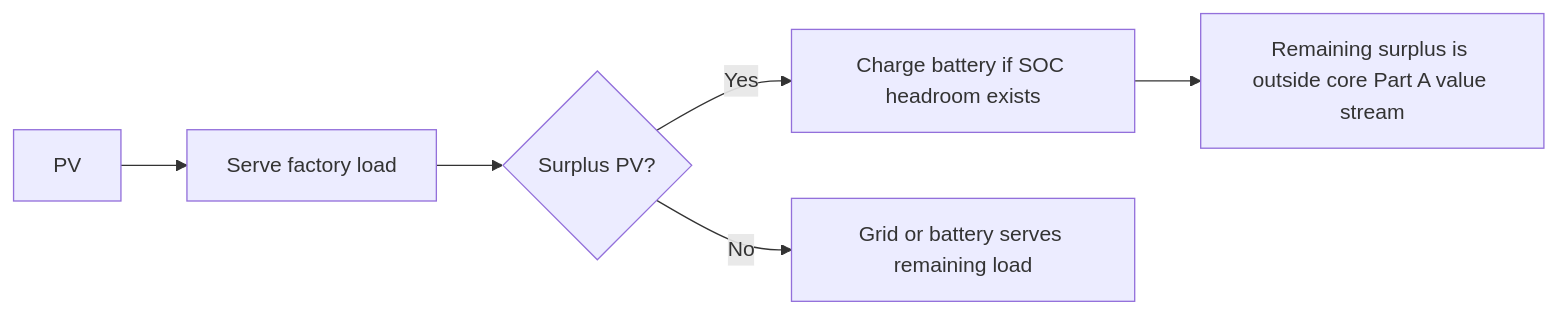
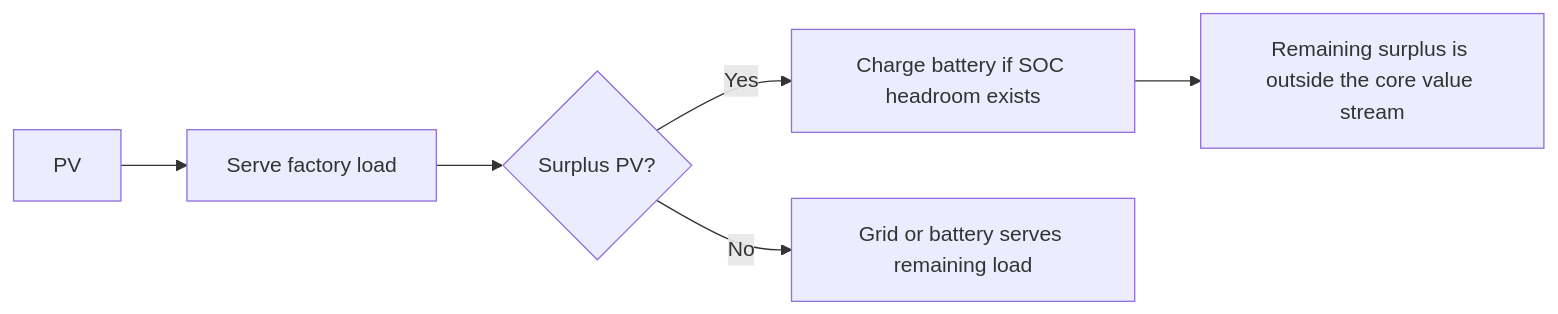
Before and after one commit to KayvanShah1/btm-bess-market-optimizer: the second of 2 diagrams in docs/DATA_METHOD.md, drawn with Mermaid. The commit also changed other lines of this file and 7 other files, not shown here.

````diff
--- a/docs/DATA_METHOD.md
+++ b/docs/DATA_METHOD.md
@@ -90,8 +90,8 @@
 ```mermaid
 flowchart LR
     A[PV] --> B[Serve factory load]
     B --> C{Surplus PV?}
     C -->|Yes| D[Charge battery if SOC headroom exists]
     C -->|No| E[Grid or battery serves remaining load]
-    D --> F[Remaining surplus is outside core Part A value stream]
+    D --> F[Remaining surplus is outside the core value stream]
 ```
````
